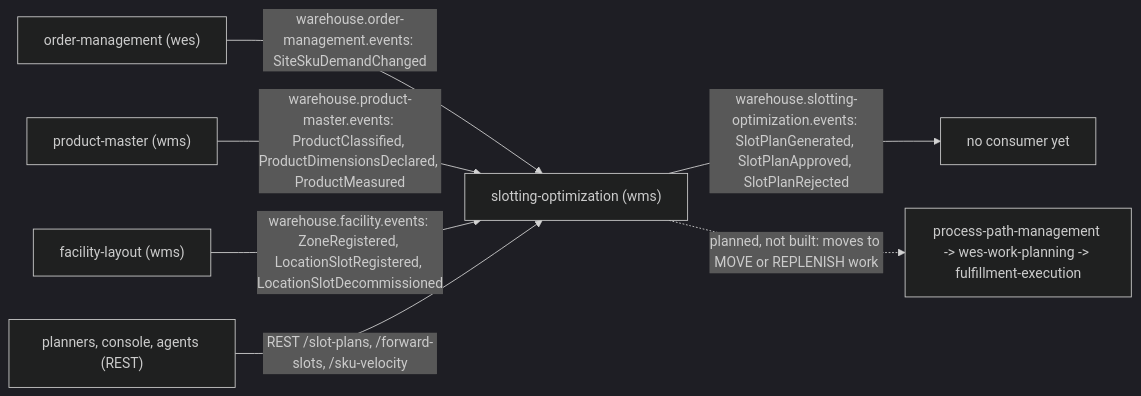
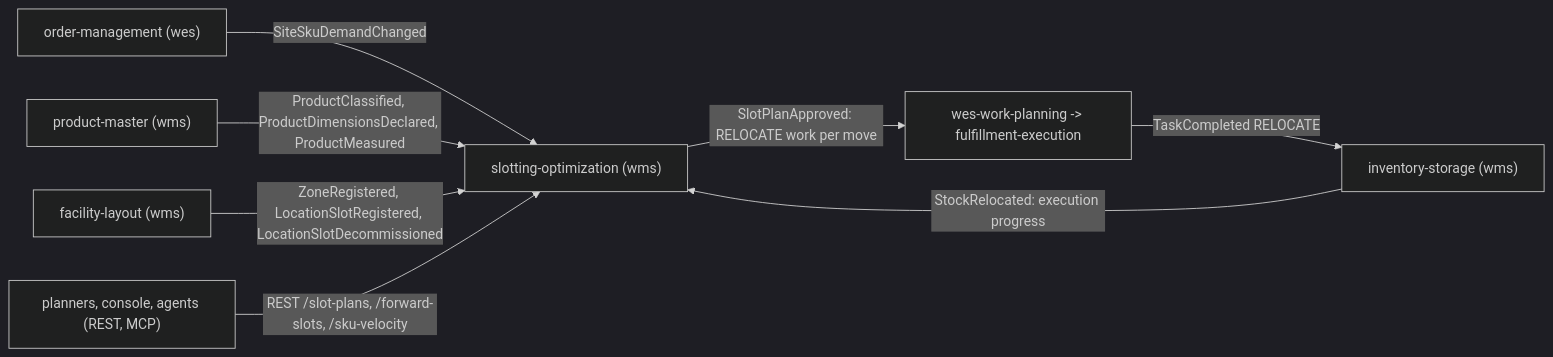
Before and after one commit to IQVO/slotting-optimization: the diagram in docs/docs/ecosystem/integration.md, drawn with Mermaid (dark theme). The commit also changed other lines of this file and 30 other files, not shown here.

````diff
--- a/docs/docs/ecosystem/integration.md
+++ b/docs/docs/ecosystem/integration.md
@@ -17,15 +17,17 @@
 ```mermaid
 flowchart LR
     om["order-management (wes)"]
     pm["product-master (wms)"]
     fl["facility-layout (wms)"]
     so["slotting-optimization (wms)"]
-    users["planners, console, agents (REST)"]
-    ppm["process-path-management -> wes-work-planning -> fulfillment-execution"]
-    om -->|"warehouse.order-management.events: SiteSkuDemandChanged"| so
-    pm -->|"warehouse.product-master.events: ProductClassified, ProductDimensionsDeclared, ProductMeasured"| so
-    fl -->|"warehouse.facility.events: ZoneRegistered, LocationSlotRegistered, LocationSlotDecommissioned"| so
+    is["inventory-storage (wms)"]
+    users["planners, console, agents (REST, MCP)"]
+    wwp["wes-work-planning -> fulfillment-execution"]
+    om -->|"SiteSkuDemandChanged"| so
+    pm -->|"ProductClassified, ProductDimensionsDeclared, ProductMeasured"| so
+    fl -->|"ZoneRegistered, LocationSlotRegistered, LocationSlotDecommissioned"| so
     users -->|"REST /slot-plans, /forward-slots, /sku-velocity"| so
-    so -->|"warehouse.slotting-optimization.events: SlotPlanGenerated, SlotPlanApproved, SlotPlanRejected"| out["no consumer yet"]
-    so -.->|"planned, not built: moves to MOVE or REPLENISH work"| ppm
+    so -->|"SlotPlanApproved: RELOCATE work per move"| wwp
+    wwp -->|"TaskCompleted RELOCATE"| is
+    is -->|"StockRelocated: execution progress"| so
 ```
````
